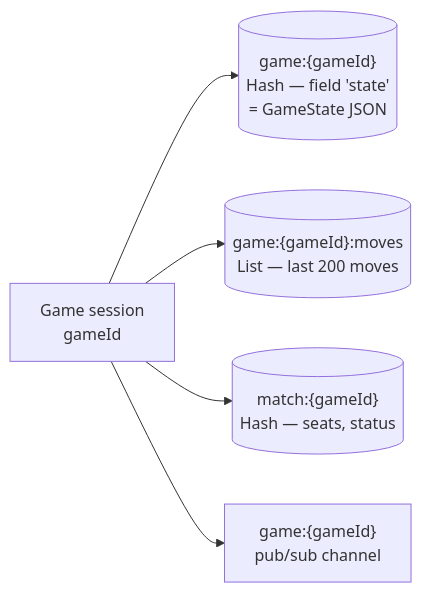
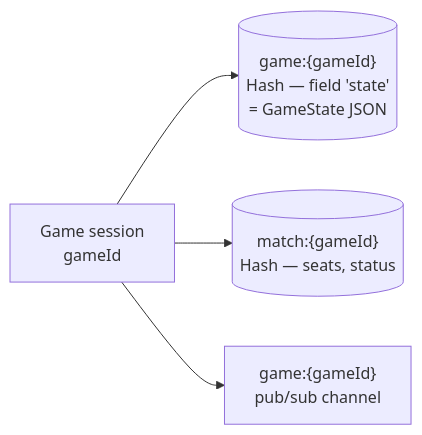
Before and after one commit to IrmaJoKerr/ft_transcendence-ludo: the third of 5 diagrams in docs/ludo-engine/ludo-engine-redis-system.md, drawn with Mermaid. The commit also changed other lines of this file and 30 other files, not shown here.

Commit message:
feat(game): the recon log is engine state and the die face is stamped by the roller; the moves list is gone. Docs: updated to match.

````diff
--- a/docs/ludo-engine/ludo-engine-redis-system.md
+++ b/docs/ludo-engine/ludo-engine-redis-system.md
@@ -158,7 +162,6 @@
 ```mermaid
 flowchart LR
     G["Game session<br/>gameId"] --> K1[("game:{gameId}<br/>Hash — field 'state'<br/>= GameState JSON")]
-    G --> K2[("game:{gameId}:moves<br/>List — last 200 moves")]
     G --> K3[("match:{gameId}<br/>Hash — seats, status")]
     G --> C["game:{gameId}<br/>pub/sub channel"]
 ```
````
